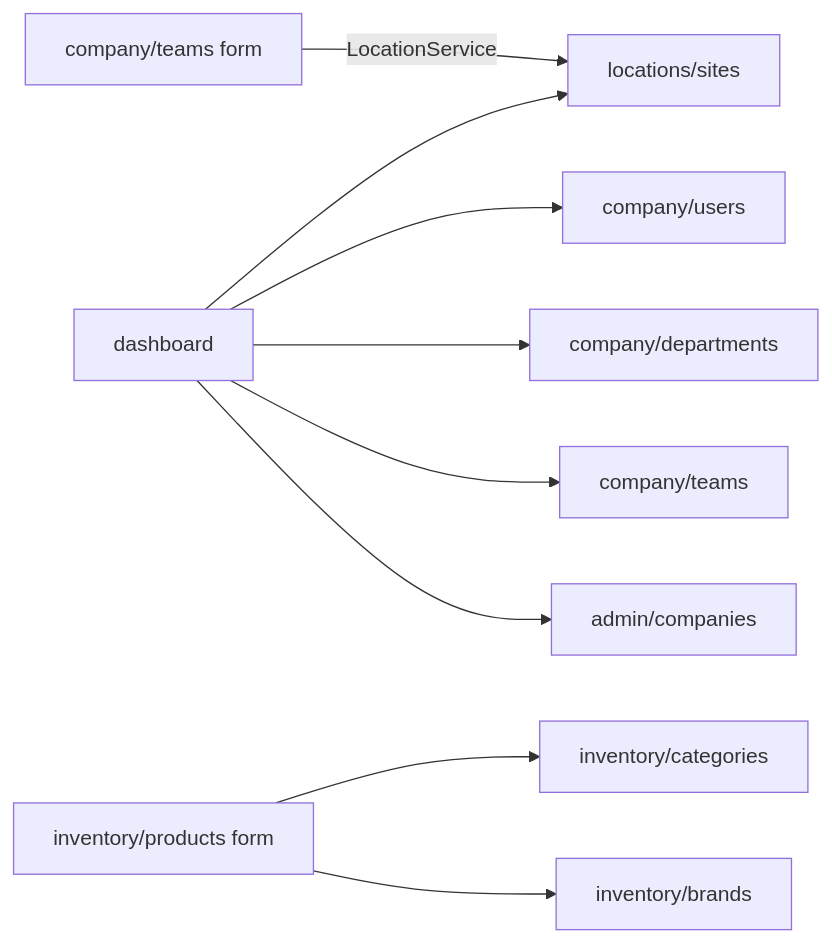
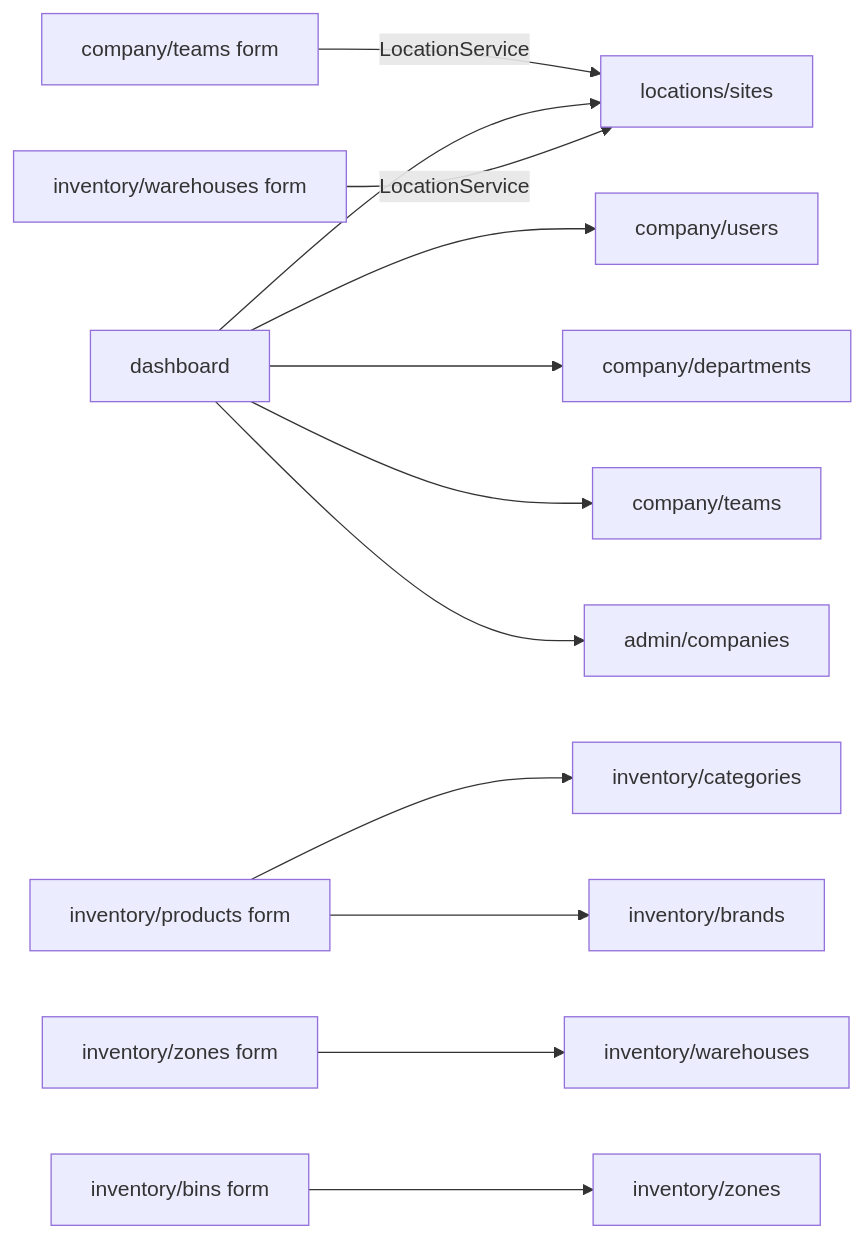
The fourth of 4 diagrams in docs/CODE_MAP.md (mohamed-elhelely/tanzim-frontend), drawn with Mermaid before and after one commit. The commit also changed other lines of this file and 4 other files, not shown here.

````diff
--- a/docs/CODE_MAP.md
+++ b/docs/CODE_MAP.md
@@ -198,11 +203,14 @@
 ```mermaid
 flowchart LR
     teams["company/teams form"] -->|LocationService| sites["locations/sites"]
     dash["dashboard"] --> users["company/users"]
     dash --> depts["company/departments"]
     dash --> teamsS["company/teams"]
     dash --> sites
     dash --> tenants["admin/companies"]
     products["inventory/products form"] --> cats["inventory/categories"]
     products --> brands["inventory/brands"]
+    whform["inventory/warehouses form"] -->|LocationService| sites
+    zoneform["inventory/zones form"] --> wh["inventory/warehouses"]
+    binform["inventory/bins form"] --> zones["inventory/zones"]
 ```
````
